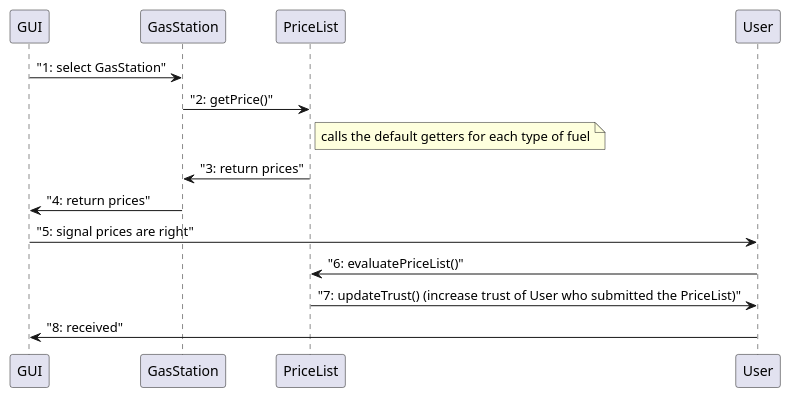
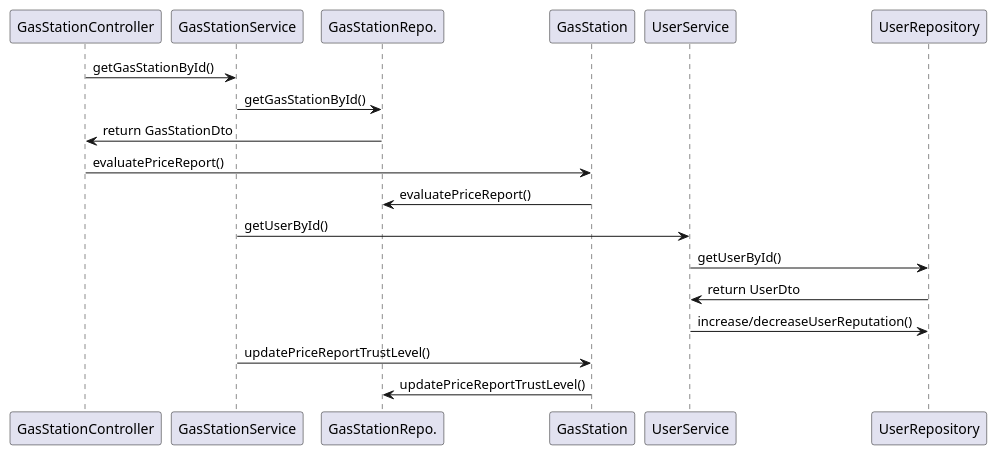
Diagram 11 of 12 in docs/DesignDocument.md (aureliocirella/se1-ezgas), drawn with PlantUML before and after one commit. The commit also changed other lines of this file, not shown here.

Commit message:
fix: sequence diagram fixed

````diff
--- a/docs/DesignDocument.md
+++ b/docs/DesignDocument.md
@@ -609,13 +612,16 @@
 ```plantuml
 @startuml
-GUI -> GasStation: "1: select GasStation"
-GasStation -> PriceList: "2: getPrice()" 
-note right of PriceList: calls the default getters for each type of fuel
-PriceList -> GasStation: "3: return prices"
-GasStation -> GUI: "4: return prices"
-GUI -> User: "5: signal prices are right"
-User -> PriceList: "6: evaluatePriceList()"
-PriceList -> User: "7: updateTrust() (increase trust of User who submitted the PriceList)"
-User -> GUI: "8: received"
+GasStationController -> GasStationService: getGasStationById()
+GasStationService -> GasStationRepo.: getGasStationById()
+GasStationRepo. -> GasStationController: return GasStationDto
+GasStationController -> GasStation: evaluatePriceReport()
+GasStation -> GasStationRepo.: evaluatePriceReport()
+GasStationService -> UserService: getUserById()
+UserService -> UserRepository : getUserById()
+UserRepository -> UserService: return UserDto
+UserService -> UserRepository: increase/decreaseUserReputation()
+GasStationService -> GasStation: updatePriceReportTrustLevel()
+GasStation -> GasStationRepo.: updatePriceReportTrustLevel()
+
 @enduml
 ```
````
